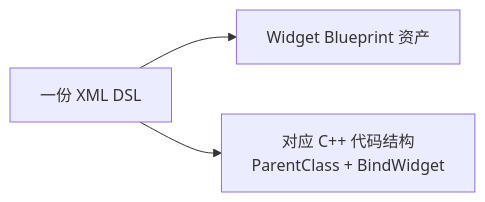
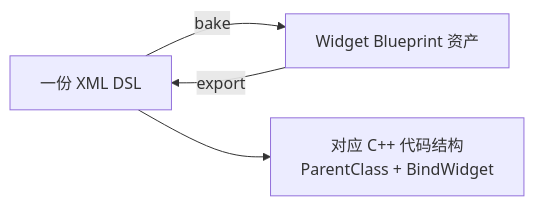
One commit to vborovin/XmlUI changed the first of 2 diagrams in README_zh.md. Above: the diagram before and after it, drawn with Mermaid. The commit also changed other lines of this file and 11 other files, not shown here.

First line of the commit message:
XmlUI: add WBP->DSL export, bake-time DSL metadata, and Canvas/MenuAnchor/Border tags

````diff
--- a/README_zh.md
+++ b/README_zh.md
@@ -28,5 +28,6 @@
 ```mermaid
 flowchart LR
-    XML["一份 XML DSL"] --> WBP["Widget Blueprint 资产"]
+    XML["一份 XML DSL"] -->|bake| WBP["Widget Blueprint 资产"]
+    WBP -->|export| XML
     XML --> CPP["对应 C++ 代码结构<br/>ParentClass + BindWidget"]
 ```
````
